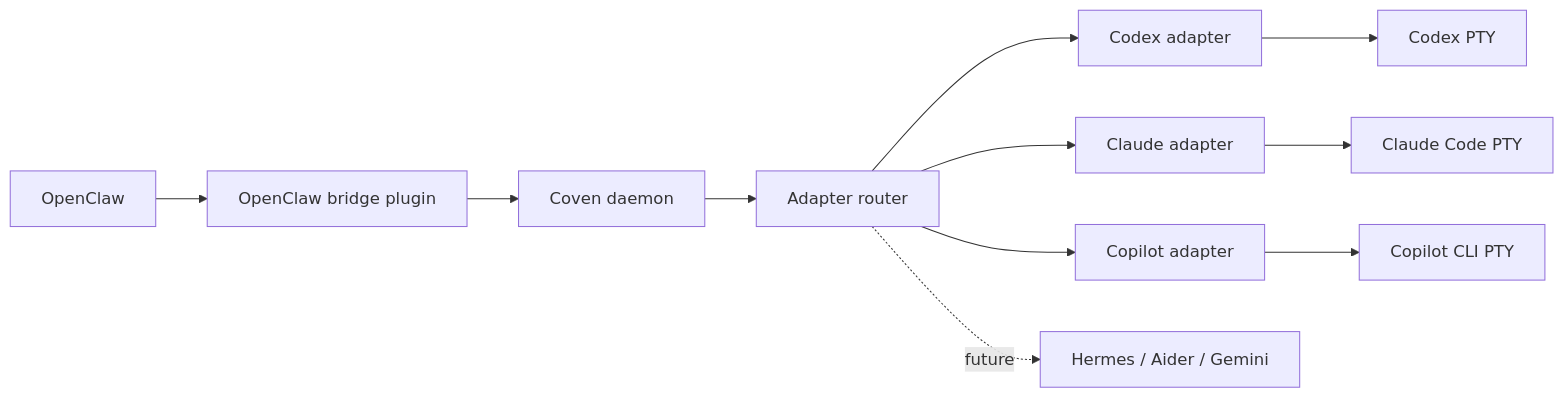
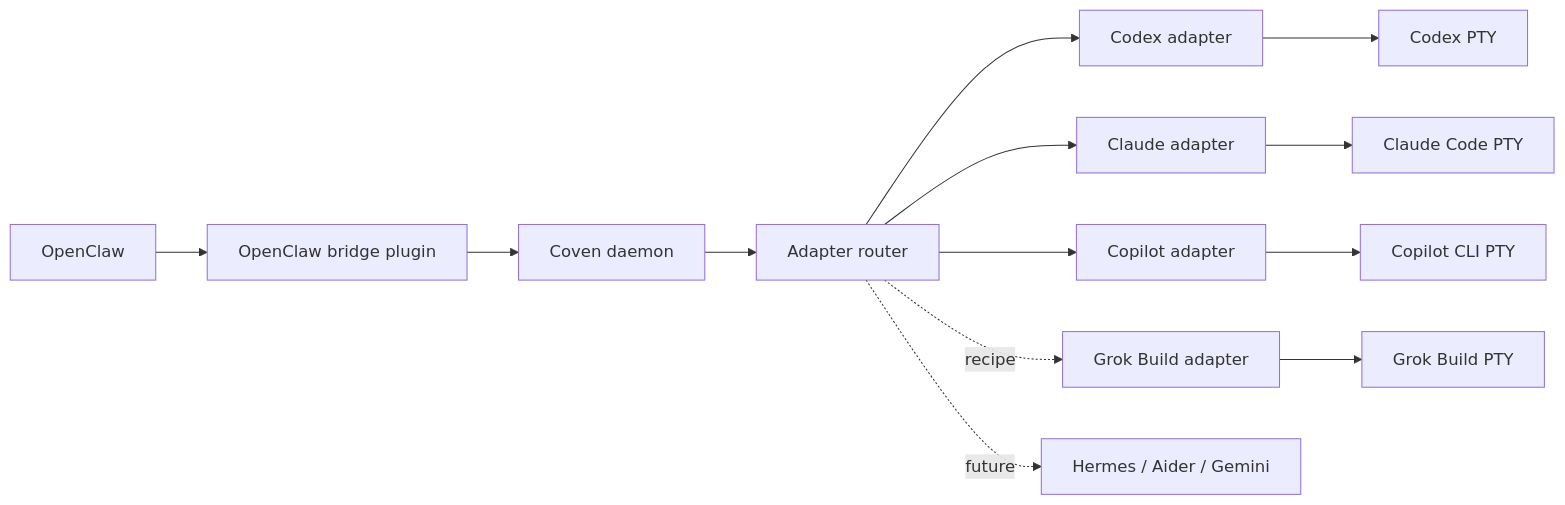
One commit to OpenCoven/coven changed the diagram in docs/harnesses/index.md. Above: the diagram before and after it, drawn with Mermaid. The commit also changed other lines of this file and 7 other files, not shown here.

First line of the commit message:
feat: add Grok Build as a plain-mode recipe-only adapter

````diff
--- a/docs/harnesses/index.md
+++ b/docs/harnesses/index.md
@@ -33,13 +36,15 @@
 ```mermaid
 flowchart LR
   Coven[Coven daemon] --> Adapter[Adapter router]
   Adapter --> CodexAdapter[Codex adapter]
   Adapter --> ClaudeAdapter[Claude adapter]
   Adapter --> CopilotAdapter[Copilot adapter]
+  Adapter -. recipe .-> GrokAdapter[Grok Build adapter]
   Adapter -. future .-> Future[Hermes / Aider / Gemini]
   OpenClaw[OpenClaw] --> Bridge["OpenClaw bridge plugin"]
   Bridge --> Coven
   CodexAdapter --> CodexPty[Codex PTY]
   ClaudeAdapter --> ClaudePty[Claude Code PTY]
   CopilotAdapter --> CopilotPty[Copilot CLI PTY]
+  GrokAdapter --> GrokPty[Grok Build PTY]
 ```
````
